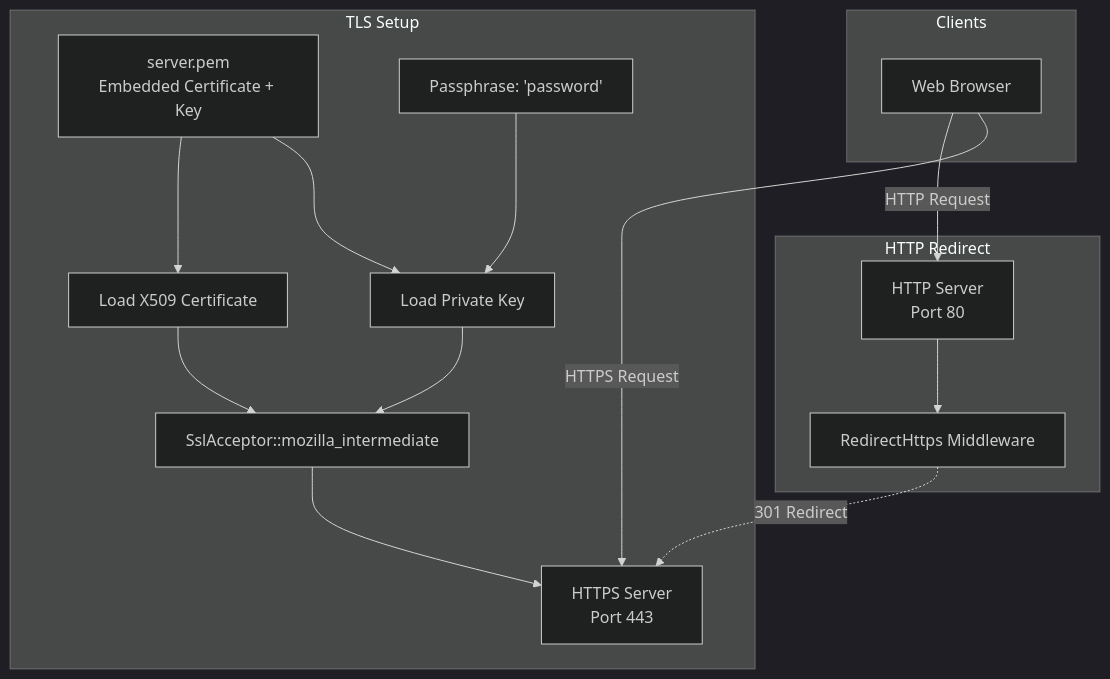
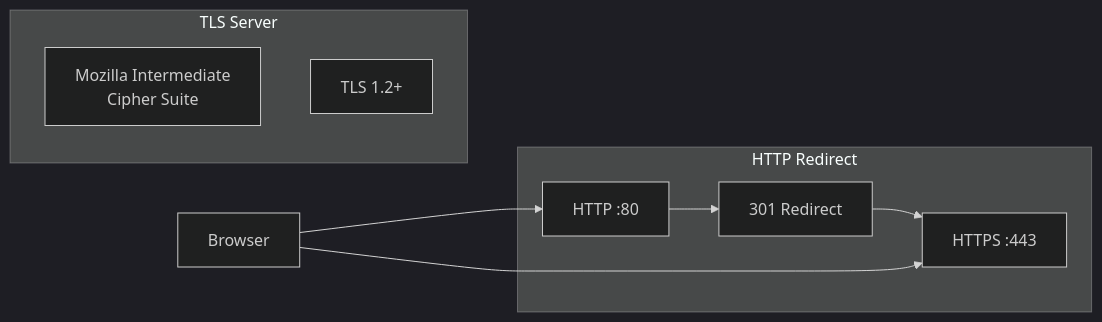
Before and after one commit to EdgeFirstAI/websrv: diagram 18 of 21 in ARCHITECTURE.md, drawn with Mermaid (dark theme). The commit also changed other lines of this file and 10 other files, not shown here.

First line of the commit message:
feat: add flexible SSL certificate management

````diff
--- a/ARCHITECTURE.md
+++ b/ARCHITECTURE.md
@@ -814,27 +874,16 @@
 ```mermaid
-graph TB
-    subgraph "TLS Setup"
-        ServerPEM[server.pem<br/>Embedded Certificate + Key]
-        Password[Passphrase: 'password']
-
-        ServerPEM --> LoadKey[Load Private Key]
-        Password --> LoadKey
-
-        LoadKey --> Builder[SslAcceptor::mozilla_intermediate]
-        ServerPEM --> LoadCert[Load X509 Certificate]
-        LoadCert --> Builder
-
-        Builder --> HTTPS[HTTPS Server<br/>Port 443]
+graph LR
+    subgraph "HTTP Redirect"
+        HTTP[HTTP :80] --> Redirect[301 Redirect]
+        Redirect --> HTTPS
     end
 
-    subgraph "HTTP Redirect"
-        HTTP[HTTP Server<br/>Port 80]
-        HTTP --> Middleware[RedirectHttps Middleware]
-        Middleware -.-> |301 Redirect| HTTPS
+    subgraph "TLS Server"
+        HTTPS[HTTPS :443]
+        Mozilla[Mozilla Intermediate<br/>Cipher Suite]
+        TLS12[TLS 1.2+]
     end
 
-    subgraph "Clients"
-        Browser[Web Browser] --> |HTTPS Request| HTTPS
-        Browser --> |HTTP Request| HTTP
-    end
+    Browser --> HTTP
+    Browser --> HTTPS
 ```
````
